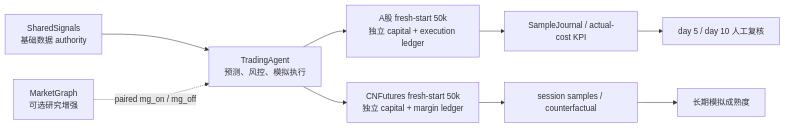
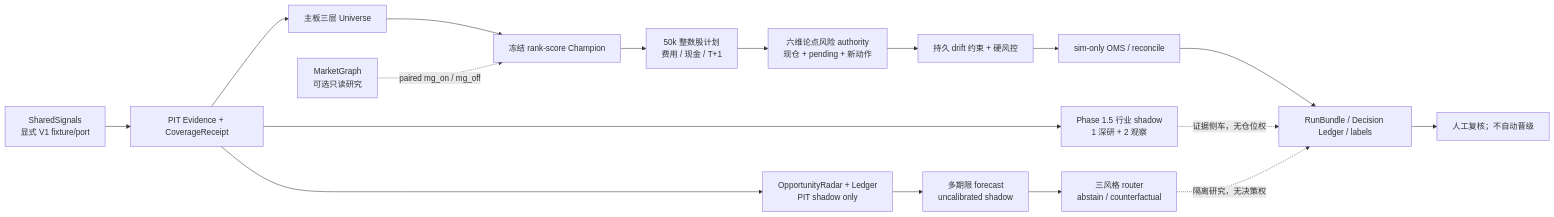
Before and after one commit to NicholasHan1226/Tradingagent.cc: the diagram in README.md, drawn with Mermaid. The commit also changed other lines of this file and 247 other files, not shown here.

First line of the commit message:
feat: rebuild A-share paper trading architecture

````diff
--- a/README.md
+++ b/README.md
@@ -9,11 +36,19 @@
 ```mermaid
 flowchart LR
-    SS["SharedSignals\n基础数据 authority"] --> TA["TradingAgent\n预测、风控、模拟执行"]
-    MG["MarketGraph\n可选研究增强"] -. "paired mg_on / mg_off" .-> TA
-    TA --> A["A股 fresh-start 50k\n独立 capital + execution ledger"]
-    TA --> F["CNFutures fresh-start 50k\n独立 capital + margin ledger"]
-    A --> J["SampleJournal / actual-cost KPI"]
-    F --> R["session samples / counterfactual"]
-    J --> M["day 5 / day 10 人工复核"]
-    R --> FM["长期模拟成熟度"]
+    SS["SharedSignals\n显式 V1 fixture/port"] --> C["PIT Evidence + CoverageReceipt"]
+    C --> U["主板三层 Universe"]
+    C --> I["Phase 1.5 行业 shadow\n1 深研 + 2 观察"]
+    C --> O["OpportunityRadar + Ledger\nPIT shadow only"]
+    O --> F["多期限 forecast\nuncalibrated shadow"]
+    F --> R["三风格 router\nabstain / counterfactual"]
+    U --> CH["冻结 rank-score Champion"]
+    MG["MarketGraph\n可选只读研究"] -. "paired mg_on / mg_off" .-> CH
+    CH --> P["50k 整数股计划\n费用 / 现金 / T+1"]
+    P --> T["六维论点风险 authority\n现仓 + pending + 新动作"]
+    T --> D["持久 drift 约束 + 硬风控"]
+    D --> A["sim-only OMS / reconcile"]
+    A --> J["RunBundle / Decision Ledger / labels"]
+    I -. "证据侧车，无仓位权" .-> J
+    R -. "隔离研究，无决策权" .-> J
+    J --> M["人工复核；不自动晋级"]
 ```
````
